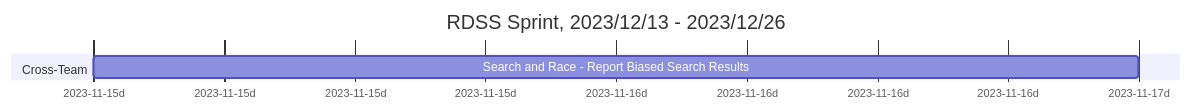
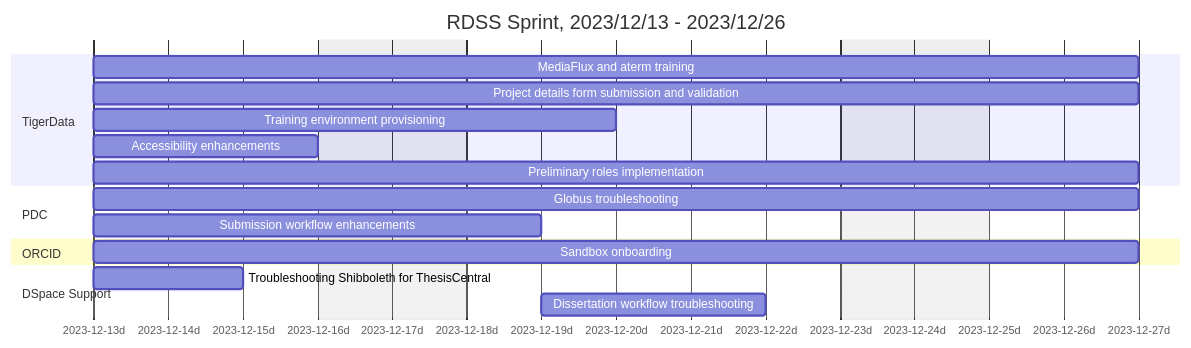
Before and after one commit to pulibrary/rdss-handbook: the third of 38 diagrams in roadmap.md, drawn with Mermaid. The commit also changed other lines of this file, not shown here.

Commit message:
Added 2023/12/13 - 2023/12/26 sprint

````diff
--- a/roadmap.md
+++ b/roadmap.md
@@ -46,9 +46,21 @@
 ```mermaid
 gantt
     title RDSS Sprint, 2023/12/13 - 2023/12/26
     axisFormat  %Y-%m-%dd
     dateformat YYYY-MM-DD
     excludes weekends
-    section Cross-Team
-    Search and Race - Report Biased Search Results: td1, 2023-11-15, 2d
+    section TigerData
+    MediaFlux and aterm training: td1, 2023-12-13, 10d
+    Project details form submission and validation: td2, 2023-12-13, 10d
+    Training environment provisioning: td3, 2023-12-13, 5d
+    Accessibility enhancements: td4, 2023-12-13, 3d
+    Preliminary roles implementation: td5, 2023-12-13, 10d
+    section PDC
+    Globus troubleshooting: pdc1, 2023-12-13, 10d
+    Submission workflow enhancements: pdc2, 2023-12-13, 4d
+    section ORCID
+    Sandbox onboarding: op1, 2023-12-13, 10d 
+    section DSpace Support
+    Troubleshooting Shibboleth for ThesisCentral: dsp2, 2023-12-13, 2d  
+    Dissertation workflow troubleshooting: dsp1, 2023-12-19, 3d
 ```
````
